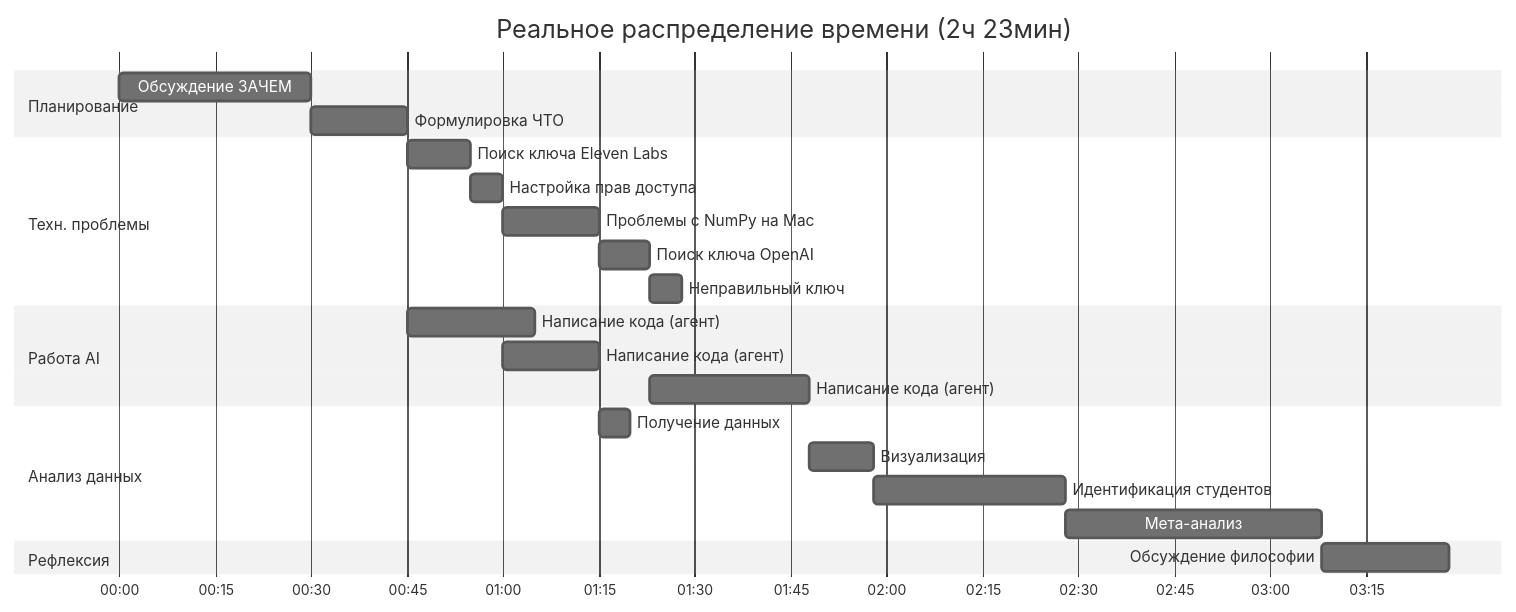
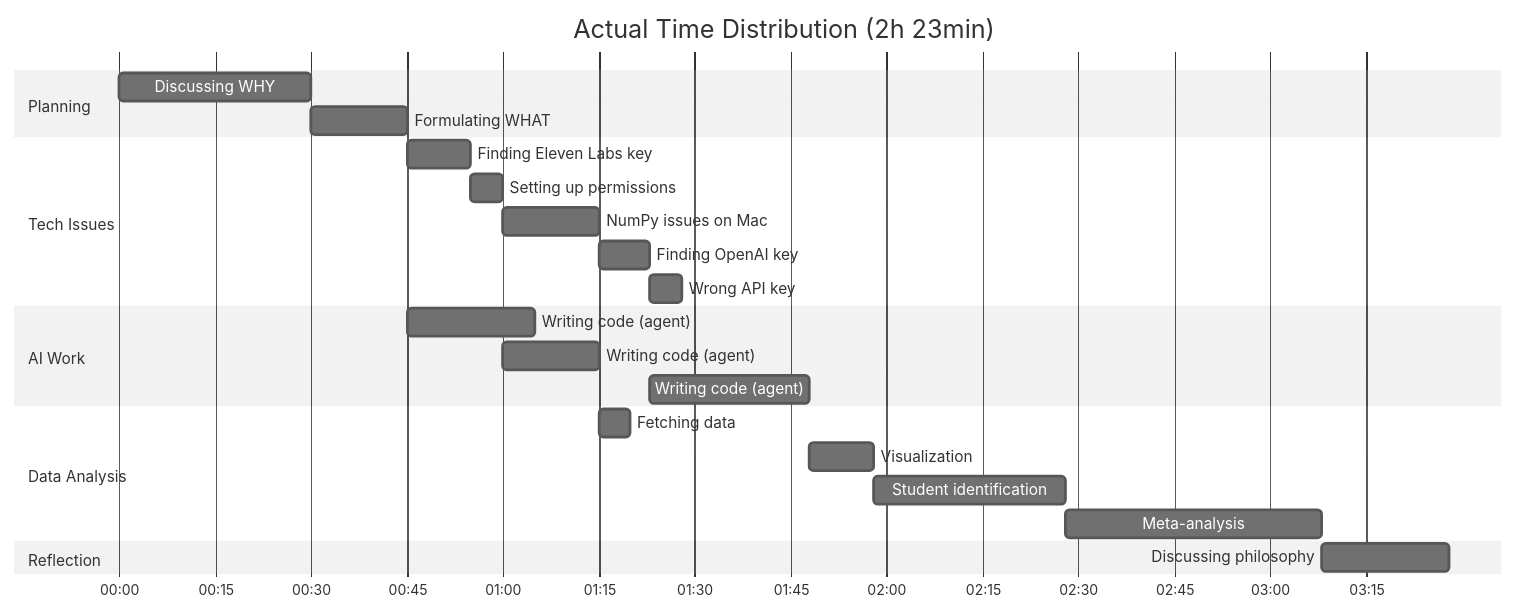
The fifth of 16 diagrams in materials/workshop4.md (ad3002/masters-course-2025-vibe-coding), drawn with Mermaid (neutral theme) before and after one commit. The commit also changed other lines of this file, not shown here.

````diff
--- a/materials/workshop4.md
+++ b/materials/workshop4.md
@@ -183,31 +183,31 @@
 ```mermaid
 gantt
-    title Реальное распределение времени (2ч 23мин)
+    title Actual Time Distribution (2h 23min)
     dateFormat X
     axisFormat %H:%M
 
-    section Планирование
-    Обсуждение ЗАЧЕМ           :plan1, 0, 30m
-    Формулировка ЧТО           :plan2, after plan1, 15m
+    section Planning
+    Discussing WHY              :plan1, 0, 30m
+    Formulating WHAT            :plan2, after plan1, 15m
 
-    section Техн. проблемы
-    Поиск ключа Eleven Labs    :tech1, after plan2, 10m
-    Настройка прав доступа     :tech2, after tech1, 5m
-    Проблемы с NumPy на Mac    :tech3, after tech2, 15m
-    Поиск ключа OpenAI         :tech4, after tech3, 8m
-    Неправильный ключ          :tech5, after tech4, 5m
+    section Tech Issues
+    Finding Eleven Labs key     :tech1, after plan2, 10m
+    Setting up permissions      :tech2, after tech1, 5m
+    NumPy issues on Mac         :tech3, after tech2, 15m
+    Finding OpenAI key          :tech4, after tech3, 8m
+    Wrong API key               :tech5, after tech4, 5m
 
-    section Работа AI
-    Написание кода (агент)     :code1, after plan2, 20m
-    Написание кода (агент)     :code2, after tech2, 15m
-    Написание кода (агент)     :code3, after tech4, 25m
+    section AI Work
+    Writing code (agent)        :code1, after plan2, 20m
+    Writing code (agent)        :code2, after tech2, 15m
+    Writing code (agent)        :code3, after tech4, 25m
 
-    section Анализ данных
-    Получение данных           :data1, after code2, 5m
-    Визуализация               :data2, after code3, 10m
-    Идентификация студентов    :data3, after data2, 30m
-    Мета-анализ                :data4, after data3, 40m
+    section Data Analysis
+    Fetching data               :data1, after code2, 5m
+    Visualization               :data2, after code3, 10m
+    Student identification      :data3, after data2, 30m
+    Meta-analysis               :data4, after data3, 40m
 
-    section Рефлексия
-    Обсуждение философии       :think1, after data4, 20m
+    section Reflection
+    Discussing philosophy       :think1, after data4, 20m
 ```
````
